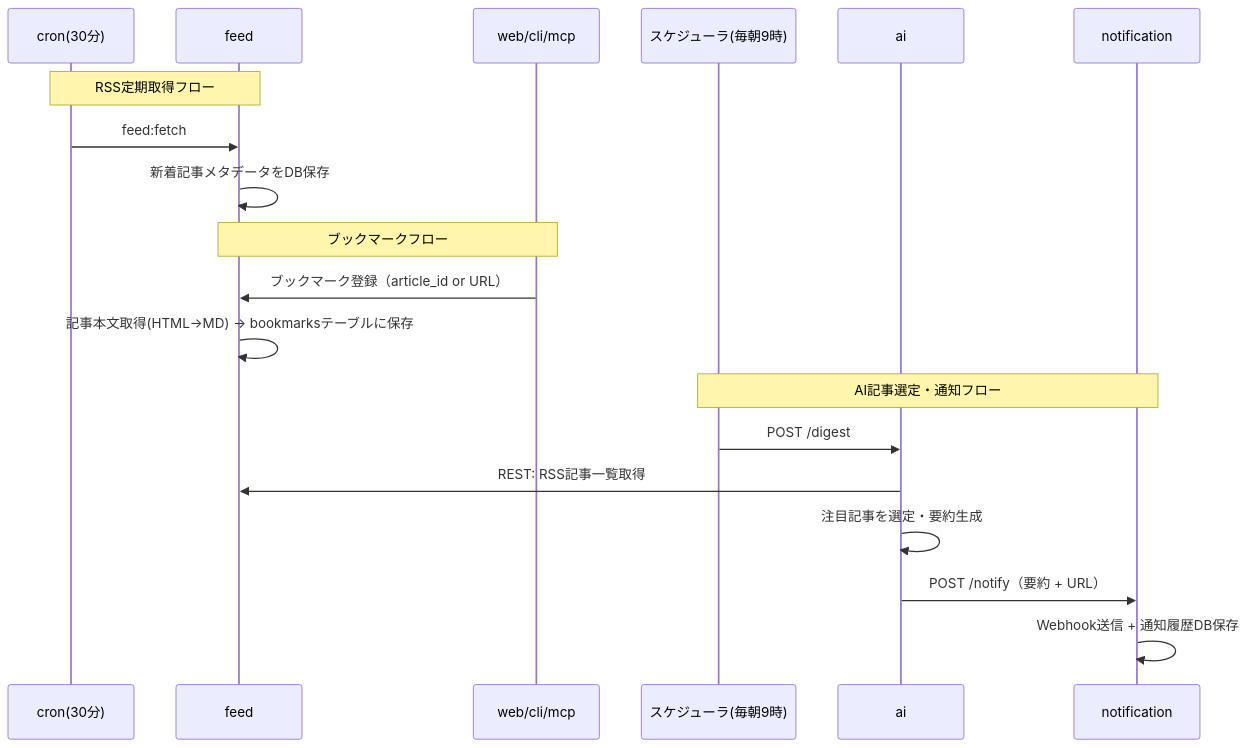
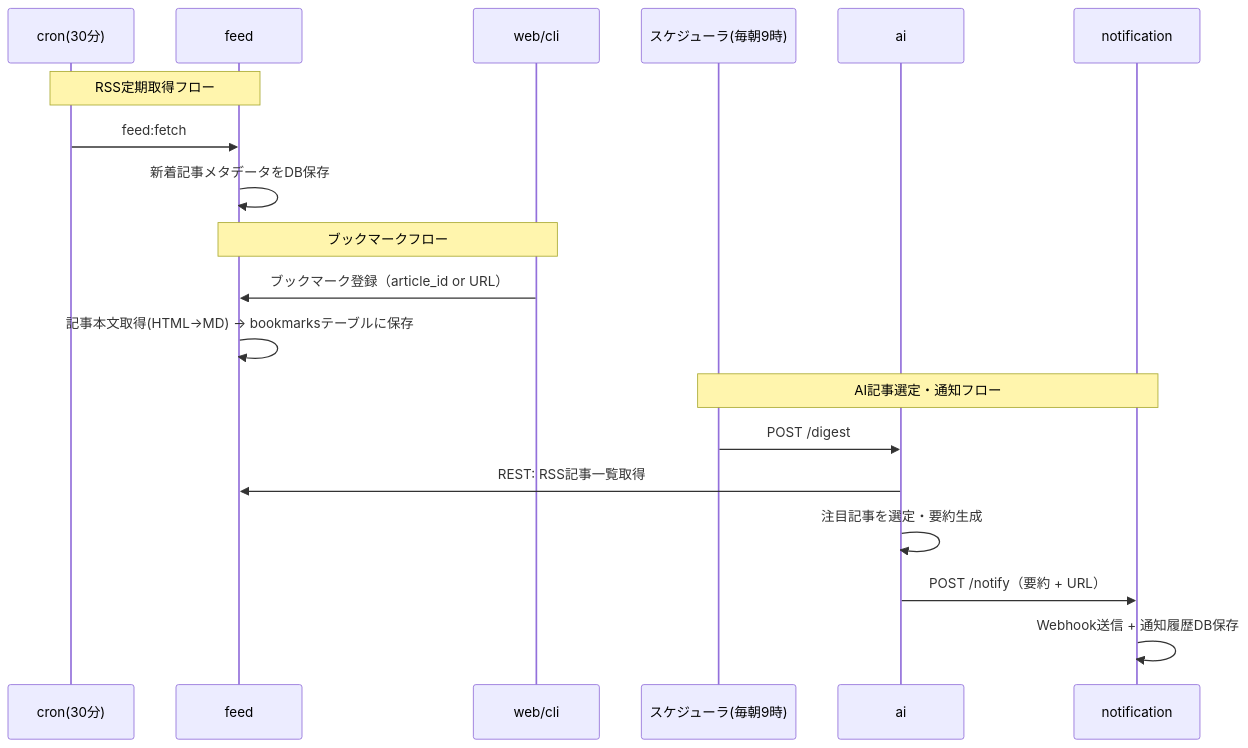
One commit to sori883/bookmark-rss-tyoukan changed the third of 4 diagrams in docs/02.技術設計.md. Above: the diagram before and after it, drawn with Mermaid. The commit also changed other lines of this file and 21 other files, not shown here.

````diff
--- a/docs/02.技術設計.md
+++ b/docs/02.技術設計.md
@@ -213,24 +207,24 @@
 ```mermaid
 sequenceDiagram
     participant cron30 as cron(30分)
     participant feed
-    participant client as web/cli/mcp
+    participant client as web/cli
     participant scheduler as スケジューラ(毎朝9時)
     participant ai
     participant notification
 
     Note over cron30, feed: RSS定期取得フロー
     cron30->>feed: feed:fetch
     feed->>feed: 新着記事メタデータをDB保存
 
     Note over client, feed: ブックマークフロー
     client->>feed: ブックマーク登録（article_id or URL）
     feed->>feed: 記事本文取得(HTML→MD) → bookmarksテーブルに保存
 
     Note over scheduler, notification: AI記事選定・通知フロー
     scheduler->>ai: POST /digest
     ai->>feed: REST: RSS記事一覧取得
     ai->>ai: 注目記事を選定・要約生成
     ai->>notification: POST /notify（要約 + URL）
     notification->>notification: Webhook送信 + 通知履歴DB保存
 ```
````
